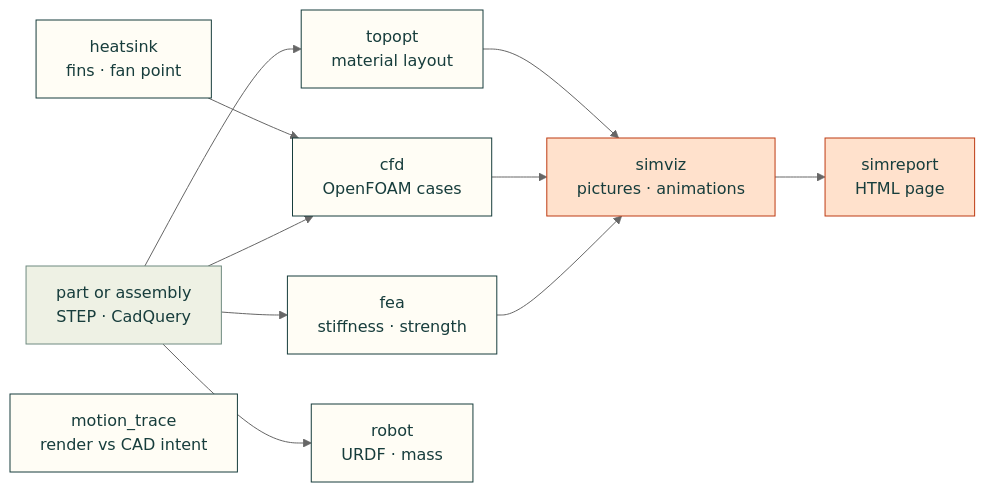
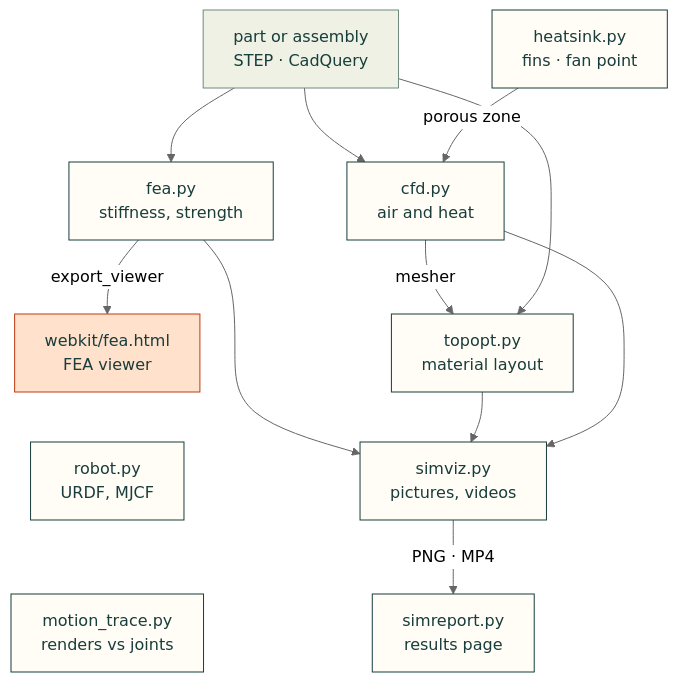
One commit to Valpatel/cad-agent changed the diagram in src/cadagent/sim/README.md. Above: the diagram before and after it, drawn with Mermaid (neutral theme). The commit also changed other lines of this file and 4 other files, not shown here.

First line of the commit message:
Package READMEs: diagrams top-down, arrows from the code

````diff
--- a/src/cadagent/sim/README.md
+++ b/src/cadagent/sim/README.md
@@ -6,17 +10,19 @@
 ```mermaid
-flowchart LR
-    P["part or assembly<br/>STEP · CadQuery"] --> FEA["fea<br/>stiffness · strength"]
-    P --> CFD["cfd<br/>OpenFOAM cases"]
-    P --> T["topopt<br/>material layout"]
-    P --> RB["robot<br/>URDF · mass"]
-    HS["heatsink<br/>fins · fan point"] --> CFD
-    MT["motion_trace<br/>render vs CAD intent"]
-    FEA & CFD & T --> V["simviz<br/>pictures · animations"]
-    V --> SR["simreport<br/>HTML page"]
+flowchart TD
+    P["part or assembly<br/>STEP · CadQuery"] --> FEA["fea.py<br/>stiffness, strength"]
+    P --> CFD["cfd.py<br/>air and heat"]
+    HS["heatsink.py<br/>fins · fan point"] -->|"porous zone"| CFD
+    CFD -->|"mesher"| T["topopt.py<br/>material layout"]
+    P --> T
+    FEA -->|"export_viewer"| W["webkit/fea.html<br/>FEA viewer"]
+    FEA & T & CFD --> V["simviz.py<br/>pictures, videos"]
+    V -->|"PNG · MP4"| SR["simreport.py<br/>results page"]
+    W ~~~ RB["robot.py<br/>URDF, MJCF"]
+    RB ~~~ MT["motion_trace.py<br/>renders vs joints"]
     classDef here fill:#fffdf5,stroke:#173d3c,color:#173d3c
     classDef near fill:#eef1e4,stroke:#6f8a80,color:#173d3c
     classDef out fill:#ffe1cc,stroke:#bd3a12,color:#173d3c
-    class FEA,CFD,T,RB,HS,MT here
+    class FEA,CFD,HS,RB,MT,T,V,SR here
     class P near
-    class V,SR out
+    class W out
 ```
````
